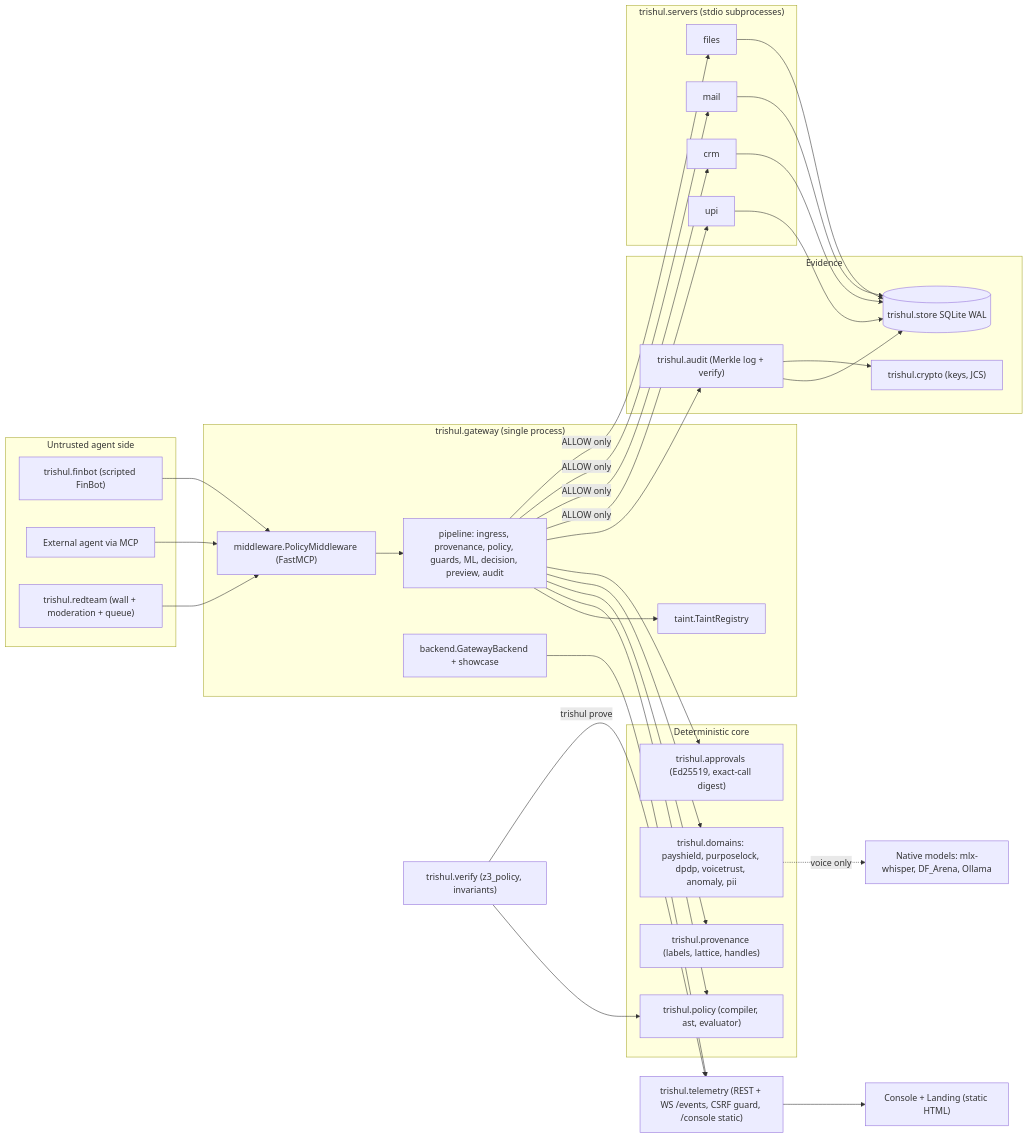
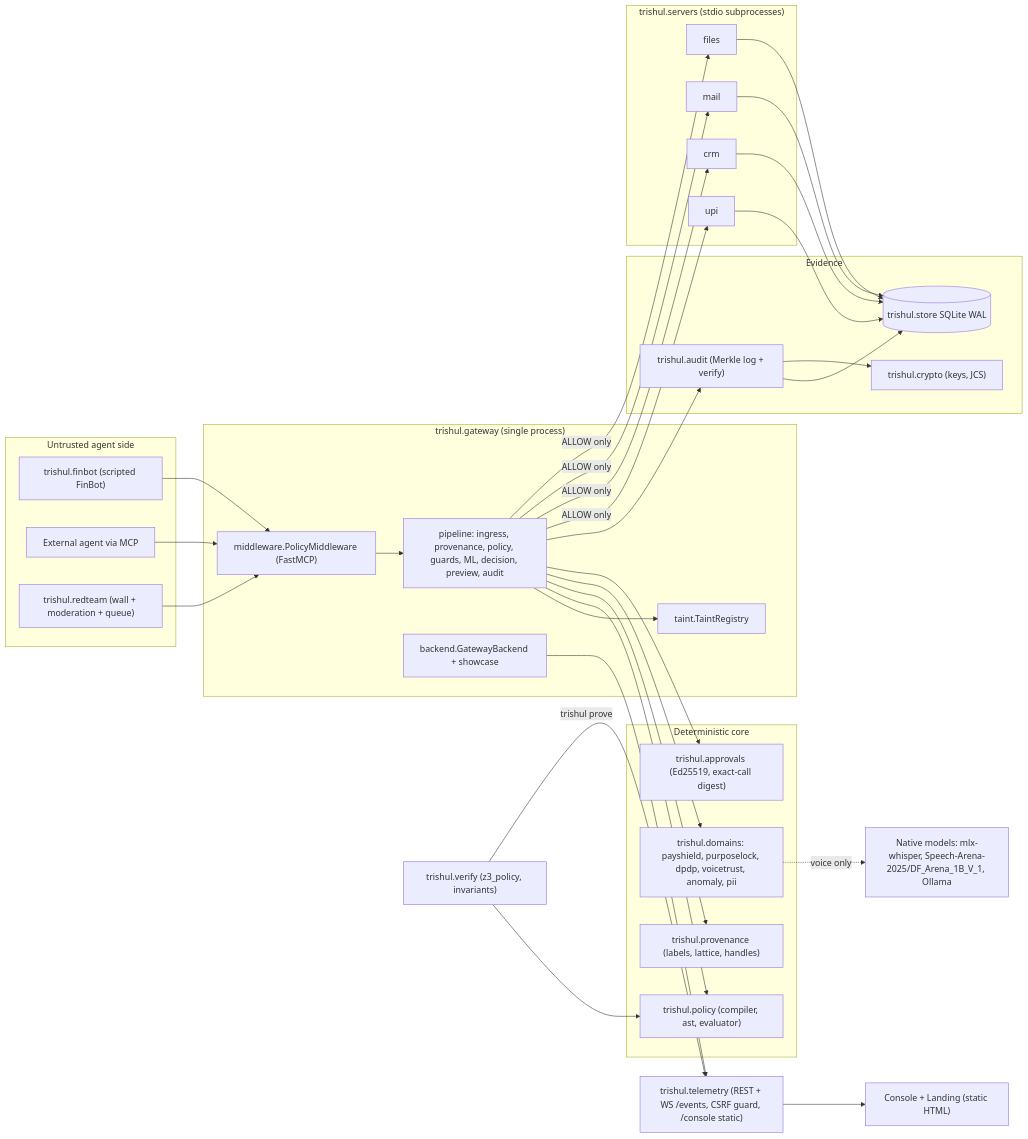
Before and after one commit to 0XSreekar/TRISHUL-: the diagram in docs/architecture.md, drawn with Mermaid. The commit also changed 104 other files, not shown here.

````diff
--- a/docs/architecture.md
+++ b/docs/architecture.md
@@ -3,45 +3,45 @@
 ```mermaid
 flowchart LR
   subgraph Agent["Untrusted agent side"]
     FB["trishul.finbot (scripted FinBot)"]
     EXT["External agent via MCP"]
     RT["trishul.redteam (wall + moderation + queue)"]
   end
   subgraph GW["trishul.gateway (single process)"]
     MW["middleware.PolicyMiddleware (FastMCP)"]
     PL["pipeline: ingress, provenance, policy, guards, ML, decision, preview, audit"]
     TN["taint.TaintRegistry"]
     BK["backend.GatewayBackend + showcase"]
   end
   subgraph Core["Deterministic core"]
     POL["trishul.policy (compiler, ast, evaluator)"]
     PRV["trishul.provenance (labels, lattice, handles)"]
     DOM["trishul.domains: payshield, purposelock, dpdp, voicetrust, anomaly, pii"]
     APR["trishul.approvals (Ed25519, exact-call digest)"]
   end
   subgraph Store["Evidence"]
     DB[("trishul.store SQLite WAL")]
     AUD["trishul.audit (Merkle log + verify)"]
     KEY["trishul.crypto (keys, JCS)"]
   end
   subgraph Tools["trishul.servers (stdio subprocesses)"]
     UPI[upi]; CRM[crm]; MAIL[mail]; FILES[files]
   end
   API["trishul.telemetry (REST + WS /events, CSRF guard, /console static)"]
   UI["Console + Landing (static HTML)"]
   Z3["trishul.verify (z3_policy, invariants)"]
-  ML["Native models: mlx-whisper, DF_Arena, Ollama"]
+  ML["Native models: mlx-whisper, Speech-Arena-2025/DF_Arena_1B_V_1, Ollama"]
   FB --> MW
   EXT --> MW
   RT --> MW
   MW --> PL
   PL --> TN & POL & PRV & DOM & APR
   DOM -. voice only .-> ML
   PL --> AUD --> DB
   AUD --> KEY
   PL -->|ALLOW only| UPI & CRM & MAIL & FILES
   UPI & CRM & MAIL & FILES --> DB
   BK --> API --> UI
   Z3 --> POL
   Z3 -->|trishul prove| API
 ```
````
